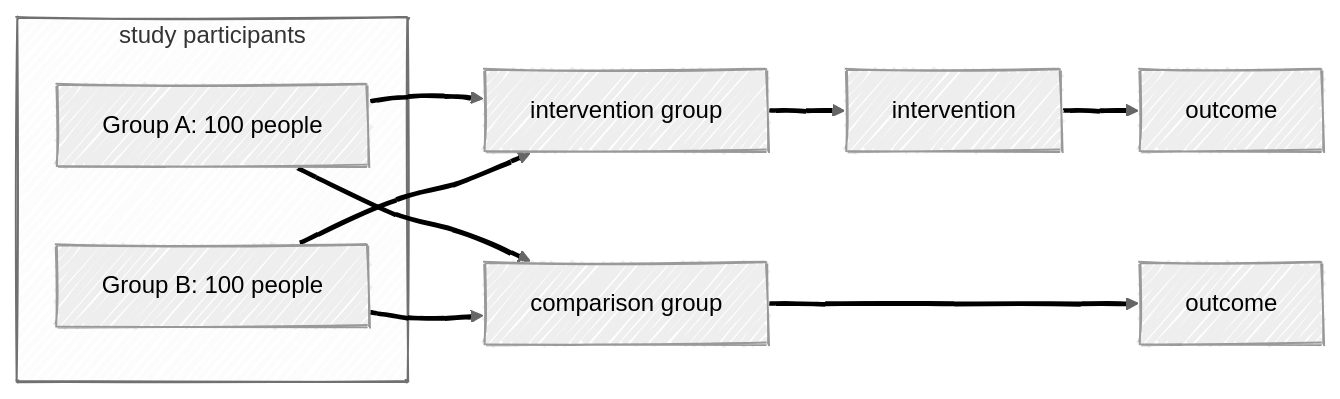
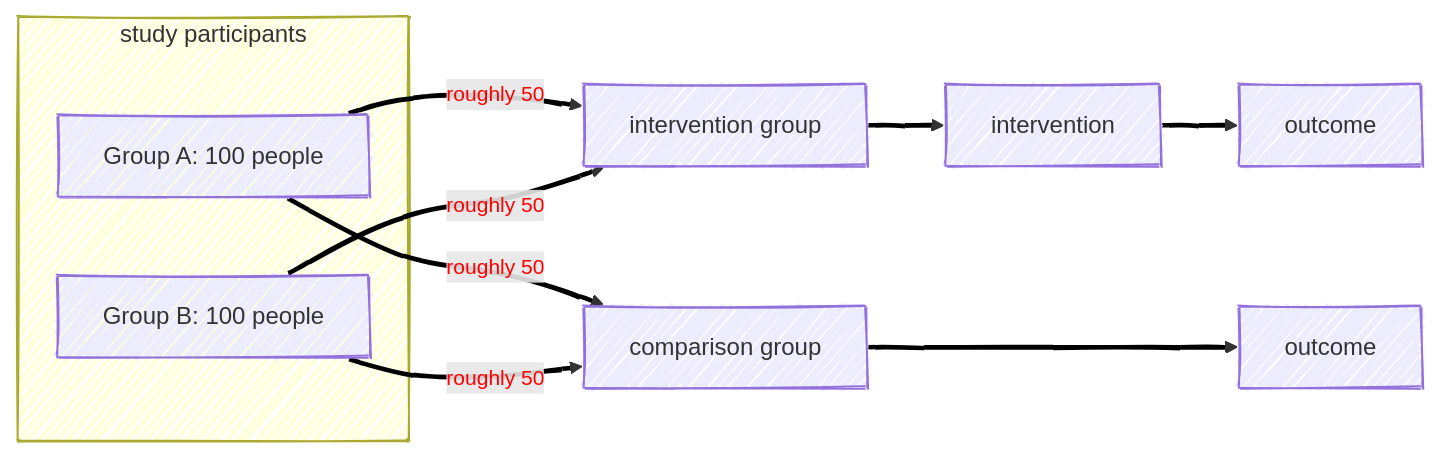
Before and after one commit to agrogan1/closeread: the fourth of 5 diagrams in multivariate/multivariate.qmd, drawn with Mermaid. The commit also changed other lines of this file and 1 other file, not shown here.

Commit message:
updates to content and diagrams

````diff
--- a/multivariate/multivariate.qmd
+++ b/multivariate/multivariate.qmd
@@ -68,34 +89,34 @@
 ```{mermaid}
 ---
 config:
   look: handDrawn
-  theme: neutral
+  theme: default
 ---
 
 flowchart LR
 
 subgraph study["study participants"]
 
   A["Group A: 100 people"]
 
   B["Group B: 100 people"]
 
   end
 
-  A --> interventiongroup["intervention group"]
+  A --> |"roughly 50"| interventiongroup["intervention group"]
 
-  B --> interventiongroup["intervention group"]
+  B --> |"roughly 50"| interventiongroup["intervention group"]
 
   interventiongroup["intervention group"] --> intervention
 
   intervention[intervention] --> outcome1[outcome]
 
-  A --> comparisongroup
+  A --> |"roughly 50"| comparisongroup
 
-  B --> comparisongroup
+  B --> |"roughly 50"| comparisongroup
 
   comparisongroup["comparison group"] ---> outcome0[outcome]
 
-  linkStyle 0,1,2,3,4,5,6 stroke:#000000,stroke-width:3px,font-size:36px,color:black;
+  linkStyle 0,1,2,3,4,5,6 stroke:#000000,stroke-width:3px,font-size:14px,color:red;
 
 ```
````
